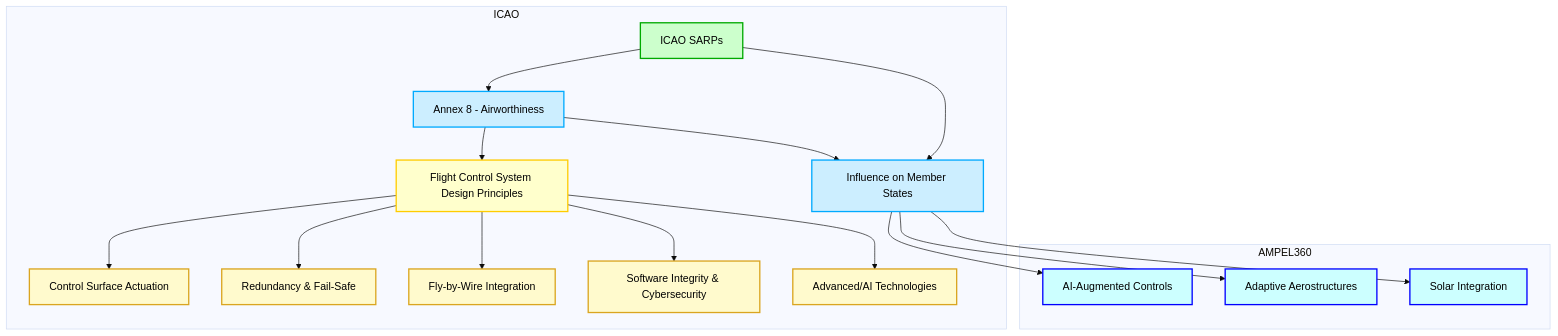
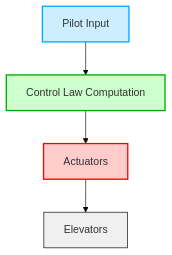
Before and after one commit to Robbbo-T/Ampel360XWLRGA: the second of 13 diagrams in FTC_27-00-00-00-000 – ATA_27-Flight-Controls.md, drawn with Mermaid (base theme). The commit also changed other lines of this file, not shown here.

Commit message:
Update FTC_27-00-00-00-000 – ATA_27-Flight-Controls.md (#72)

````diff
--- a/FTC_27-00-00-00-000 – ATA_27-Flight-Controls.md
+++ b/FTC_27-00-00-00-000 – ATA_27-Flight-Controls.md
@@ -960,35 +186,10 @@
 ```mermaid
 graph TD
-    subgraph ICAO
-        A[ICAO SARPs] --> B[Annex 8 - Airworthiness]
-        B --> C[Flight Control System Design Principles]
-        C --> D[Control Surface Actuation]
-        C --> E[Redundancy & Fail-Safe]
-        C --> F[Fly-by-Wire Integration]
-        C --> G[Software Integrity & Cybersecurity]
-        C --> H[Advanced/AI Technologies]
-        B --> I[Influence on Member States]
-    end
-    subgraph AMPEL360
-        J[AI-Augmented Controls]
-        K[Adaptive Aerostructures]
-        L[Solar Integration]
-    end
-    A --> I
-    I --> J
-    I --> K
-    I --> L
-
-    style A fill:#ccffcc,stroke:#00aa00,stroke-width:2px,color:#000
-    style B fill:#cceeff,stroke:#00aaff,stroke-width:2px,color:#000
-    style C fill:#ffffcc,stroke:#ffcc00,stroke-width:2px,color:#000
-    style D fill:#fffacd,stroke:#daa520,stroke-width:2px,color:#000
-    style E fill:#fffacd,stroke:#daa520,stroke-width:2px,color:#000
-    style F fill:#fffacd,stroke:#daa520,stroke-width:2px,color:#000
-    style G fill:#fffacd,stroke:#daa520,stroke-width:2px,color:#000
-    style H fill:#fffacd,stroke:#daa520,stroke-width:2px,color:#000
-    style I fill:#cceeff,stroke:#00aaff,stroke-width:2px,color:#000
-    style J fill:#ccffff,stroke:#0000ff,stroke-width:2px,color:#000
-    style K fill:#ccffff,stroke:#0000ff,stroke-width:2px,color:#000
-    style L fill:#ccffff,stroke:#0000ff,stroke-width:2px,color:#000
+    A[Pilot Input] --> B[Control Law Computation]
+    B --> C[Actuators]
+    C --> D[Elevators]
+    style A fill:#cceeff,stroke:#00aaff,stroke-width:2px
+    style B fill:#ccffcc,stroke:#00aa00,stroke-width:2px
+    style C fill:#ffcccc,stroke:#ff0000,stroke-width:2px
+    style D fill:#f0f0f0,stroke:#000000,stroke-width:1px
 ```
````
